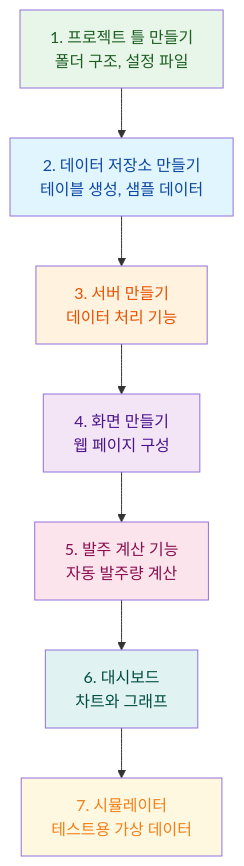
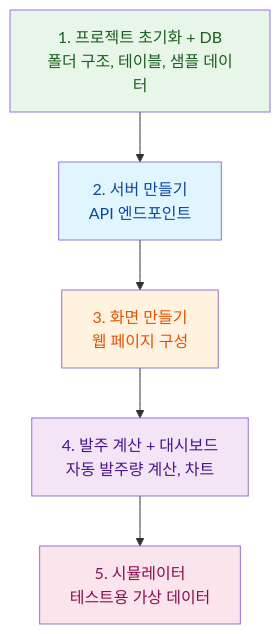
The diagram in module2-spec-development/tasks.md (rornfdlek/kiro-workshop-gsretail-gitbook), drawn with Mermaid before and after one commit. The commit also changed other lines of this file and 7 other files, not shown here.

````diff
--- a/module2-spec-development/tasks.md
+++ b/module2-spec-development/tasks.md
@@ -27,17 +27,13 @@
 ```mermaid
 graph TD
-    T1["1. 프로젝트 틀 만들기<br/>폴더 구조, 설정 파일"] --> T2["2. 데이터 저장소 만들기<br/>테이블 생성, 샘플 데이터"]
-    T2 --> T3["3. 서버 만들기<br/>데이터 처리 기능"]
-    T3 --> T4["4. 화면 만들기<br/>웹 페이지 구성"]
-    T4 --> T5["5. 발주 계산 기능<br/>자동 발주량 계산"]
-    T5 --> T6["6. 대시보드<br/>차트와 그래프"]
-    T6 --> T7["7. 시뮬레이터<br/>테스트용 가상 데이터"]
+    T1["1. 프로젝트 초기화 + DB<br/>폴더 구조, 테이블, 샘플 데이터"] --> T2["2. 서버 만들기<br/>API 엔드포인트"]
+    T2 --> T3["3. 화면 만들기<br/>웹 페이지 구성"]
+    T3 --> T4["4. 발주 계산 + 대시보드<br/>자동 발주량 계산, 차트"]
+    T4 --> T5["5. 시뮬레이터<br/>테스트용 가상 데이터"]
 
     style T1 fill:#e8f5e9,color:#1b5e20
     style T2 fill:#e1f5fe,color:#0d47a1
     style T3 fill:#fff3e0,color:#e65100
     style T4 fill:#f3e5f5,color:#4a148c
     style T5 fill:#fce4ec,color:#880e4f
-    style T6 fill:#e0f2f1,color:#004d40
-    style T7 fill:#fff8e1,color:#f57f17
 ```
````
